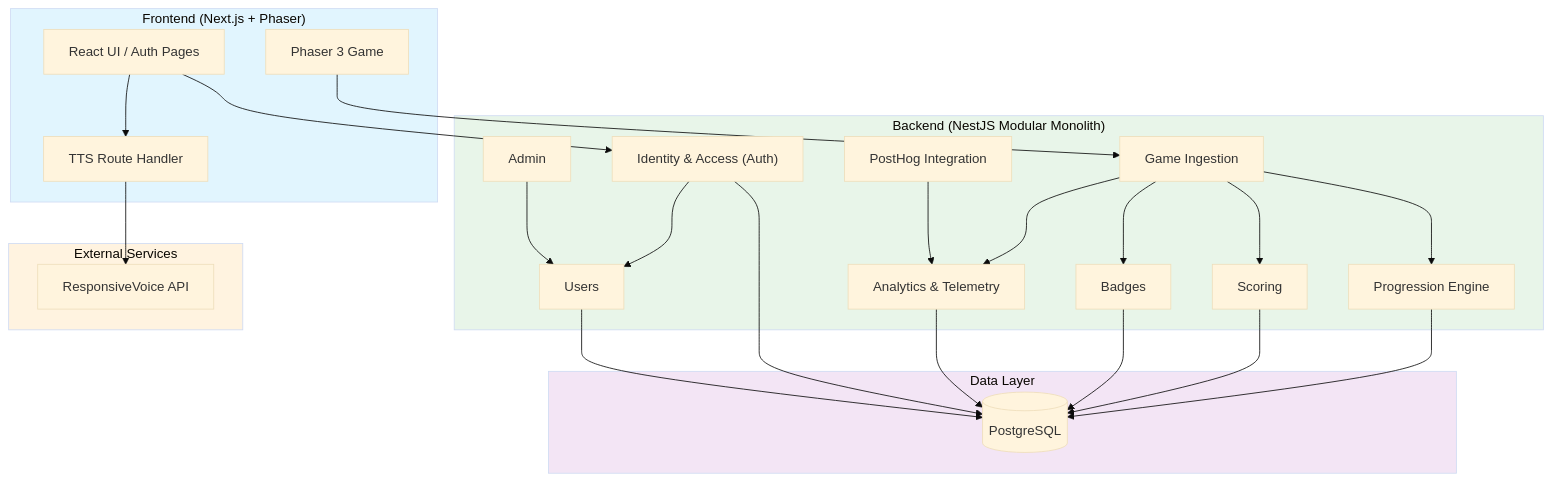
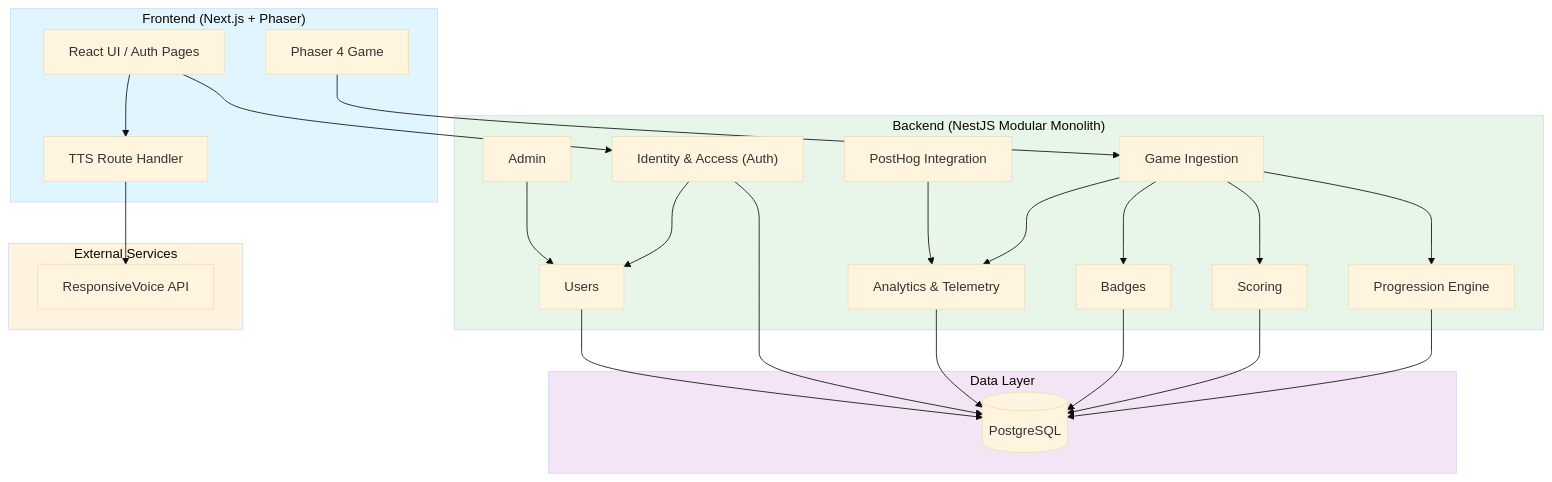
One commit to Labs-de-Games/guardiao-da-cultura changed the first of 2 diagrams in docs/ARCHITECTURE.md. Above: the diagram before and after it, drawn with Mermaid (base theme). The commit also changed other lines of this file and 4 other files, not shown here.

````diff
--- a/docs/ARCHITECTURE.md
+++ b/docs/ARCHITECTURE.md
@@ -63,51 +64,51 @@
 ```mermaid
 flowchart TB
     subgraph Frontend["Frontend (Next.js + Phaser)"]
         UI["React UI / Auth Pages"]
-        Game["Phaser 3 Game"]
+        Game["Phaser 4 Game"]
         TTS["TTS Route Handler"]
     end
 
     subgraph Backend["Backend (NestJS Modular Monolith)"]
         Auth["Identity & Access (Auth)"]
         Users["Users"]
         GameBE["Game Ingestion"]
         Progression["Progression Engine"]
         Scoring["Scoring"]
         Badges["Badges"]
         Analytics["Analytics & Telemetry"]
         PostHogBE["PostHog Integration"]
         Admin["Admin"]
     end
 
     subgraph External["External Services"]
         ExternalRV["ResponsiveVoice API"]
     end
 
     subgraph Data["Data Layer"]
         DB[(PostgreSQL)]
     end
 
     UI --> Auth
     Game --> GameBE
     UI --> TTS
     GameBE --> Progression
     GameBE --> Scoring
     GameBE --> Badges
     GameBE --> Analytics
     Auth --> Users
     Admin --> Users
     TTS --> ExternalRV
     Progression --> DB
     Scoring --> DB
     Badges --> DB
     Analytics --> DB
     Auth --> DB
     Users --> DB
     PostHogBE --> Analytics
 
     style Frontend fill:#e1f5fe
     style Backend fill:#e8f5e9
     style Data fill:#f3e5f5
     style External fill:#fff3e0
 ```
````
